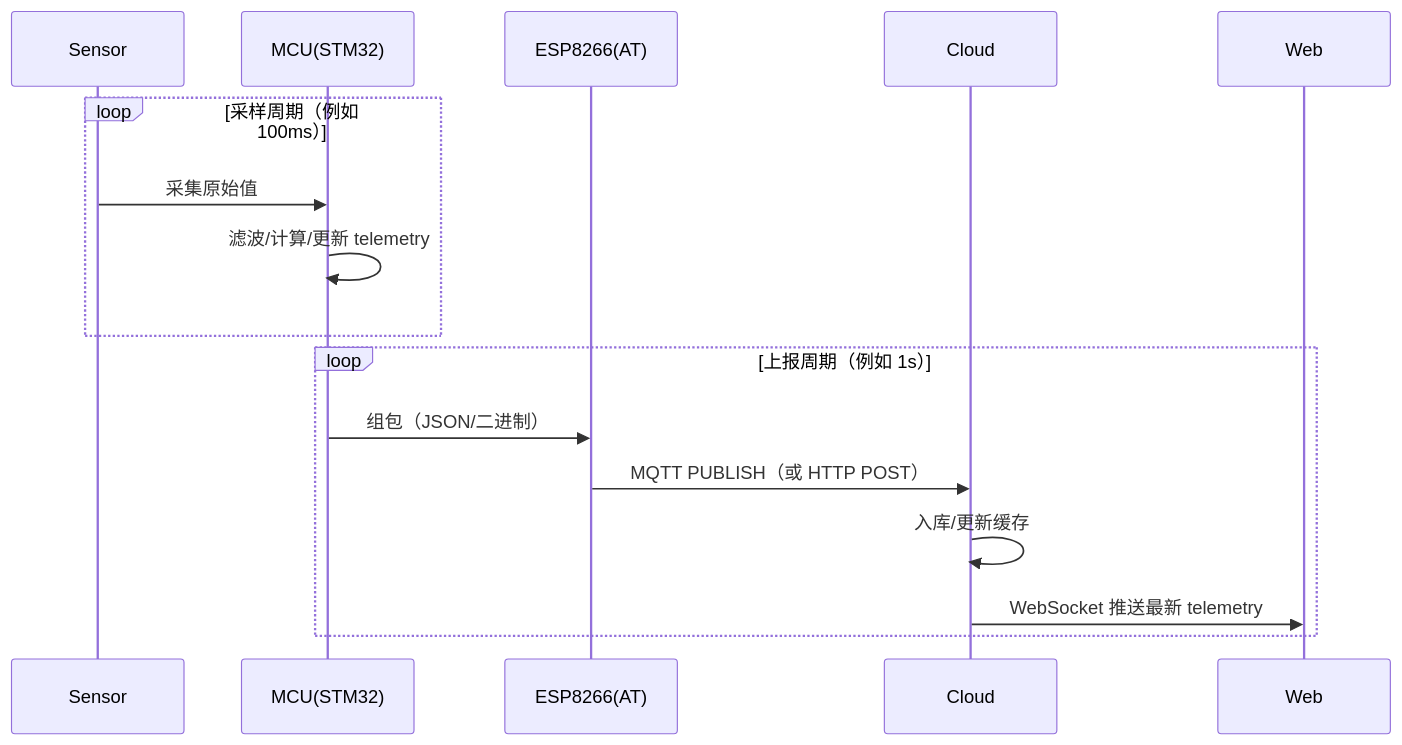
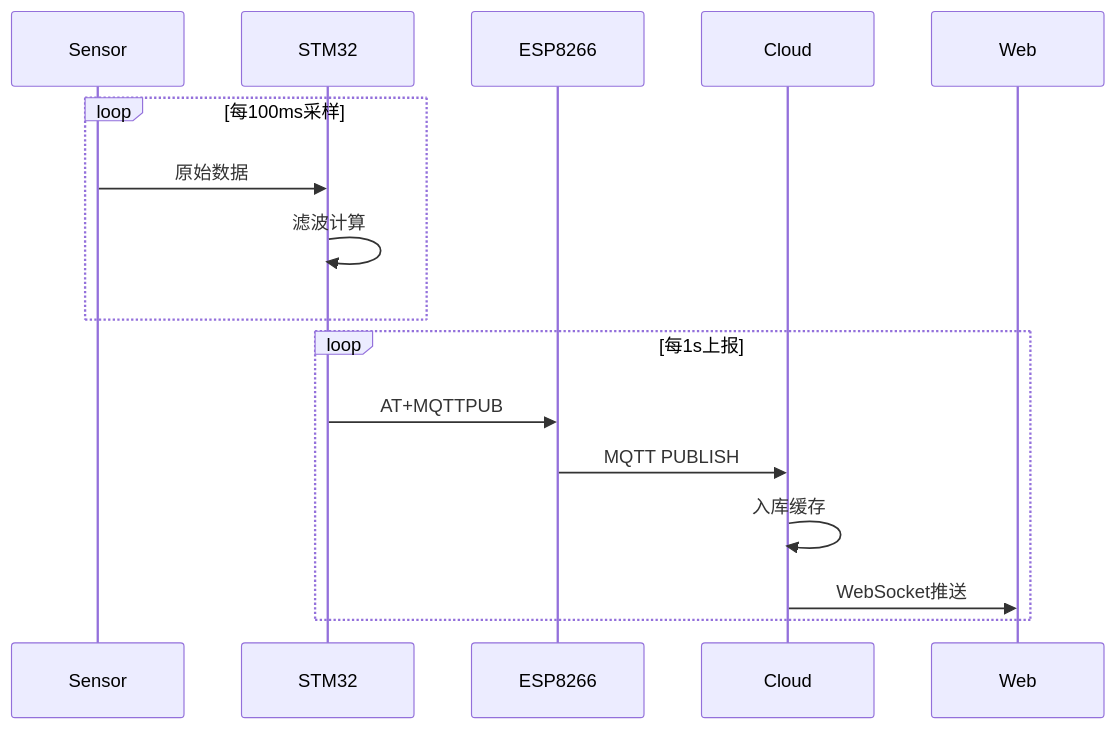
One commit to Bertrand666/Smart_energy_terminals changed the fifth of 6 diagrams in README.md. Above: the diagram before and after it, drawn with Mermaid. The commit also changed other lines of this file and 12 other files, not shown here.

````diff
--- a/README.md
+++ b/README.md
@@ -122,20 +172,20 @@
 ```mermaid
 sequenceDiagram
-  participant S as Sensor
-  participant M as MCU(STM32)
-  participant E as ESP8266(AT)
-  participant C as Cloud
-  participant W as Web
+    participant S as Sensor
+    participant M as STM32
+    participant E as ESP8266
+    participant C as Cloud
+    participant W as Web
 
-  loop 采样周期（例如 100ms）
-    S->>M: 采集原始值
-    M->>M: 滤波/计算/更新 telemetry
-  end
+    loop 每100ms采样
+        S->>M: 原始数据
+        M->>M: 滤波计算
+    end
 
-  loop 上报周期（例如 1s）
-    M->>E: 组包（JSON/二进制）
-    E->>C: MQTT PUBLISH（或 HTTP POST）
-    C->>C: 入库/更新缓存
-    C->>W: WebSocket 推送最新 telemetry
-  end
+    loop 每1s上报
+        M->>E: AT+MQTTPUB
+        E->>C: MQTT PUBLISH
+        C->>C: 入库缓存
+        C->>W: WebSocket推送
+    end
 ```
````
